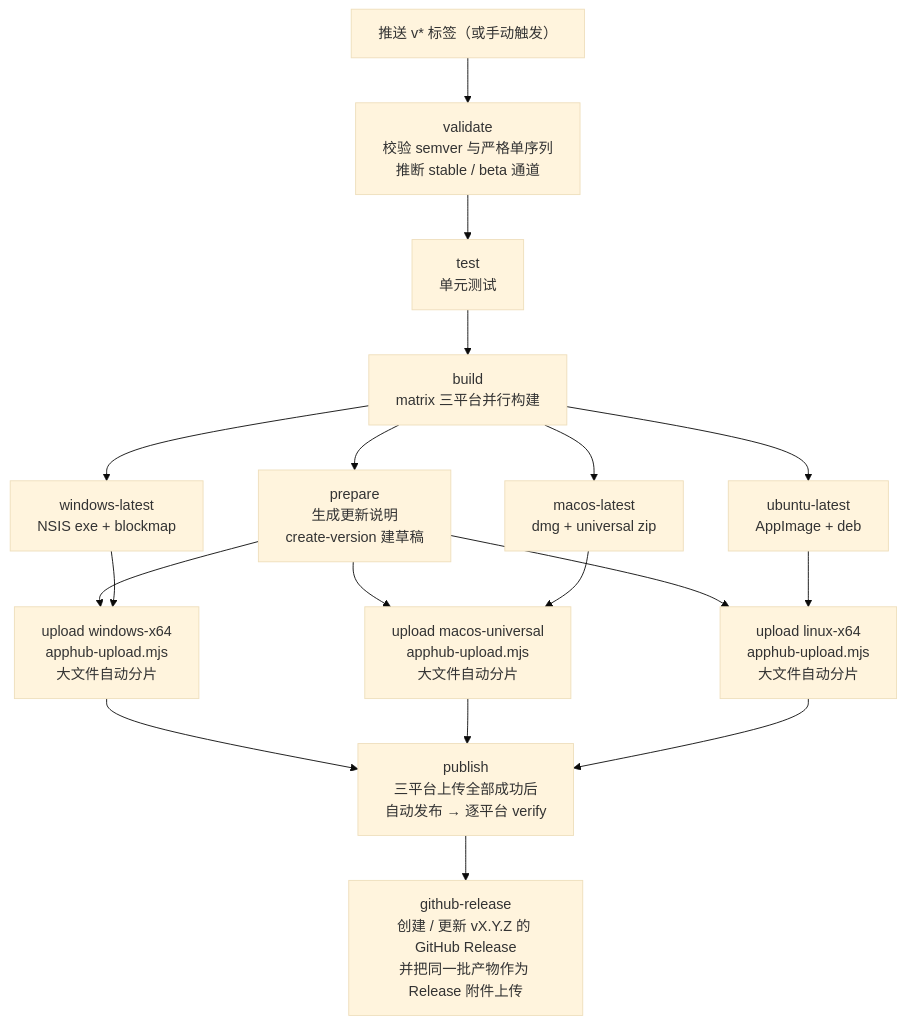
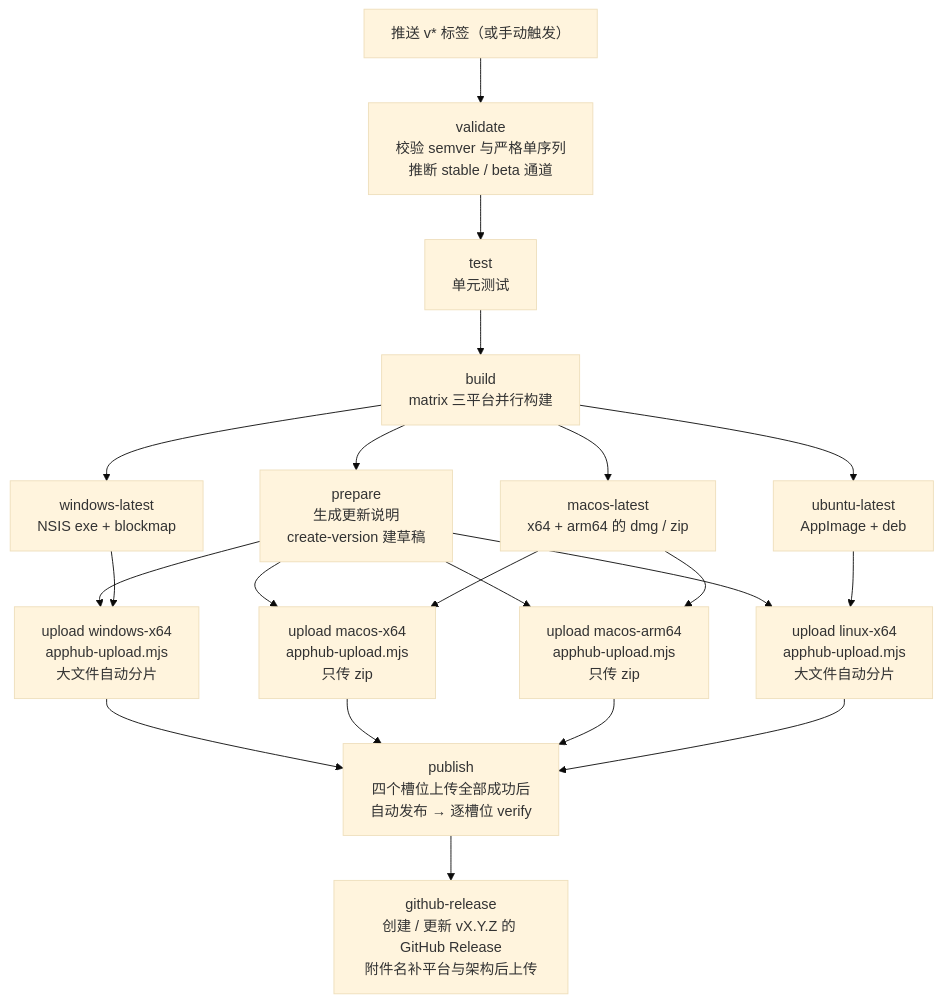
The diagram in docs/github-release.md (Harley-xk/mark-it), drawn with Mermaid (base theme) before and after one commit. The commit also changed other lines of this file and 11 other files, not shown here.

````diff
--- a/docs/github-release.md
+++ b/docs/github-release.md
@@ -9,20 +9,23 @@
 ```mermaid
 flowchart TD
     T["推送 v* 标签（或手动触发）"] --> V["validate<br/>校验 semver 与严格单序列<br/>推断 stable / beta 通道"]
     V --> UT["test<br/>单元测试"]
     UT --> B["build<br/>matrix 三平台并行构建"]
     B --> W["windows-latest<br/>NSIS exe + blockmap"]
-    B --> M["macos-latest<br/>dmg + universal zip"]
+    B --> M["macos-latest<br/>x64 + arm64 的 dmg / zip"]
     B --> L["ubuntu-latest<br/>AppImage + deb"]
     B --> PR["prepare<br/>生成更新说明<br/>create-version 建草稿"]
     PR --> UW["upload windows-x64<br/>apphub-upload.mjs<br/>大文件自动分片"]
-    PR --> UM["upload macos-universal<br/>apphub-upload.mjs<br/>大文件自动分片"]
+    PR --> MX["upload macos-x64<br/>apphub-upload.mjs<br/>只传 zip"]
+    PR --> MA["upload macos-arm64<br/>apphub-upload.mjs<br/>只传 zip"]
     PR --> UL["upload linux-x64<br/>apphub-upload.mjs<br/>大文件自动分片"]
     W --> UW
-    M --> UM
+    M --> MX
+    M --> MA
     L --> UL
-    UW --> P["publish<br/>三平台上传全部成功后<br/>自动发布 → 逐平台 verify"]
-    UM --> P
+    UW --> P["publish<br/>四个槽位上传全部成功后<br/>自动发布 → 逐槽位 verify"]
+    MX --> P
+    MA --> P
     UL --> P
-    P --> G["github-release<br/>创建 / 更新 vX.Y.Z 的 GitHub Release<br/>并把同一批产物作为 Release 附件上传"]
+    P --> G["github-release<br/>创建 / 更新 vX.Y.Z 的 GitHub Release<br/>附件名补平台与架构后上传"]
 ```
````
